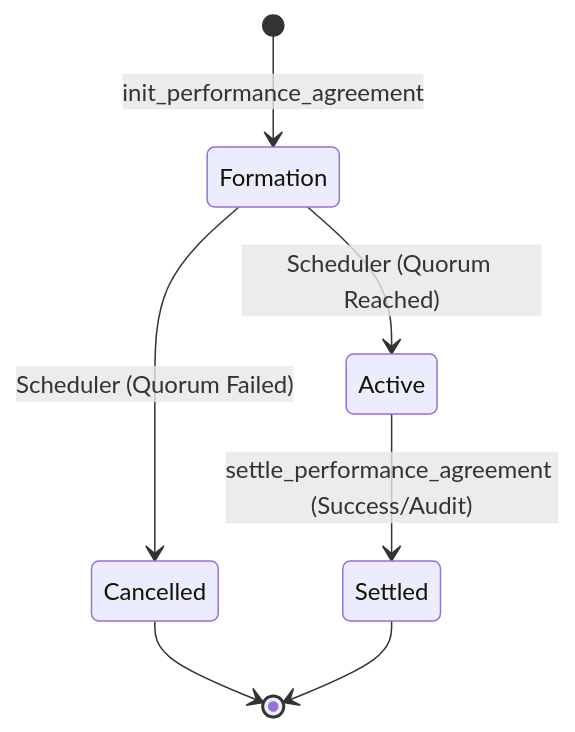
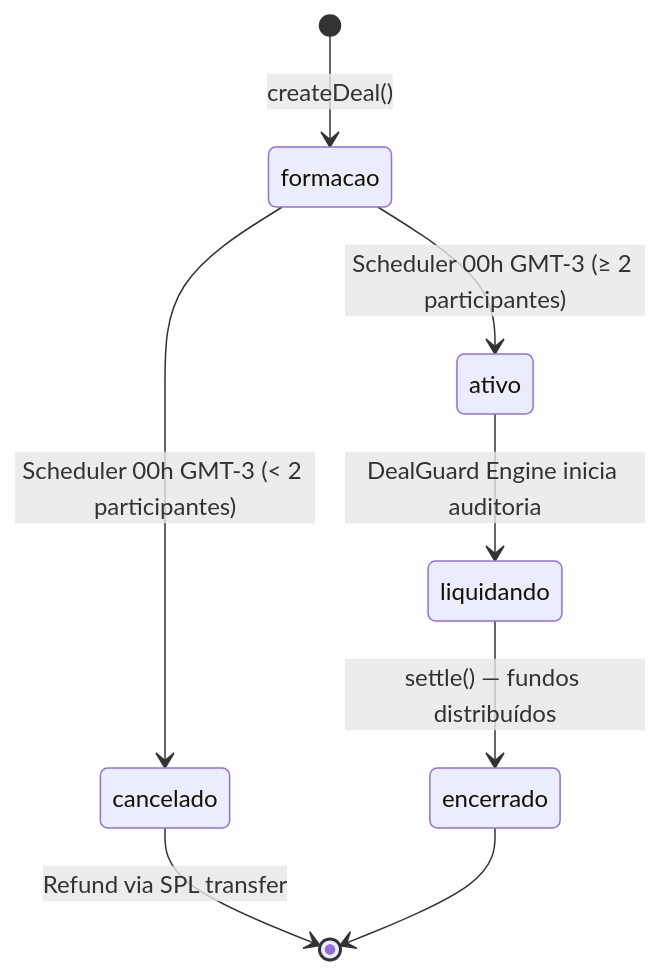
The diagram in docs/audit-kit/CONTRACT_STATE_MACHINE.md (lkr0102/truedeal), drawn with Mermaid before and after one commit. The commit also changed other lines of this file and 13 other files, not shown here.

````diff
--- a/docs/audit-kit/CONTRACT_STATE_MACHINE.md
+++ b/docs/audit-kit/CONTRACT_STATE_MACHINE.md
@@ -11,9 +25,10 @@
 ```mermaid
 stateDiagram-v2
-    [*] --> Formation: init_performance_agreement
-    Formation --> Active: Scheduler (Quorum Reached)
-    Formation --> Cancelled: Scheduler (Quorum Failed)
-    Active --> Settled: settle_performance_agreement (Success/Audit)
-    Cancelled --> [*]
-    Settled --> [*]
+    [*] --> formacao: createDeal()
+    formacao --> ativo: Scheduler 00h GMT-3 (≥ 2 participantes)
+    formacao --> cancelado: Scheduler 00h GMT-3 (< 2 participantes)
+    ativo --> liquidando: DealGuard Engine inicia auditoria
+    liquidando --> encerrado: settle() — fundos distribuídos
+    cancelado --> [*]: Refund via SPL transfer
+    encerrado --> [*]
 ```
````
